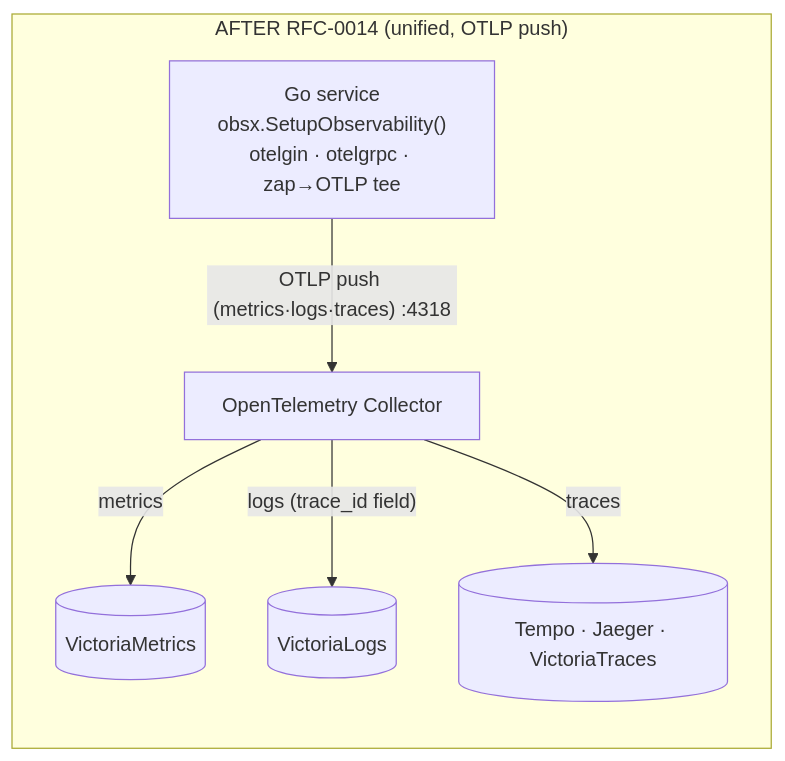
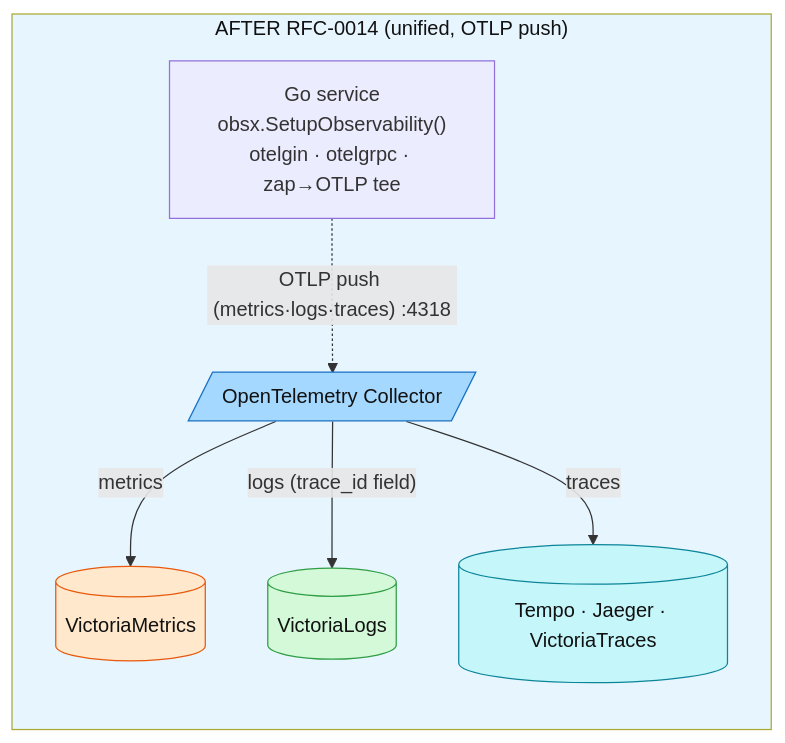
The second of 7 diagrams in docs/observability/rfc-0014-explainer.md (duynhlab/homelab), drawn with Mermaid before and after one commit. The commit also changed other lines of this file and 8 other files, not shown here.

First line of the commit message:
Restyle RFC-0014 observability diagrams (#482)

````diff
--- a/docs/observability/rfc-0014-explainer.md
+++ b/docs/observability/rfc-0014-explainer.md
@@ -67,15 +74,24 @@
 ```mermaid
 flowchart TB
     subgraph NEW["AFTER RFC-0014 (unified, OTLP push)"]
         direction TB
         svcN["Go service<br/>obsx.SetupObservability()<br/>otelgin · otelgrpc · zap→OTLP tee"]
-        col["OpenTelemetry Collector"]
+        col[/"OpenTelemetry Collector"/]
         vmN[(VictoriaMetrics)]
         vlN[(VictoriaLogs)]
         tN[(Tempo · Jaeger · VictoriaTraces)]
-        svcN -->|"OTLP push (metrics·logs·traces) :4318"| col
+        svcN -.->|"OTLP push (metrics·logs·traces) :4318"| col
         col -->|"metrics"| vmN
         col -->|"logs (trace_id field)"| vlN
         col -->|"traces"| tN
     end
+    classDef otc fill:#a5d8ff,stroke:#1971c2,color:#111;
+    classDef metric fill:#ffe8cc,stroke:#e8590c,color:#111;
+    classDef log fill:#d3f9d8,stroke:#2f9e44,color:#111;
+    classDef trace fill:#c5f6fa,stroke:#0c8599,color:#111;
+    class col otc;
+    class vmN metric;
+    class vlN log;
+    class tN trace;
+    style NEW fill:#e7f5ff,color:#111;
 ```
````
